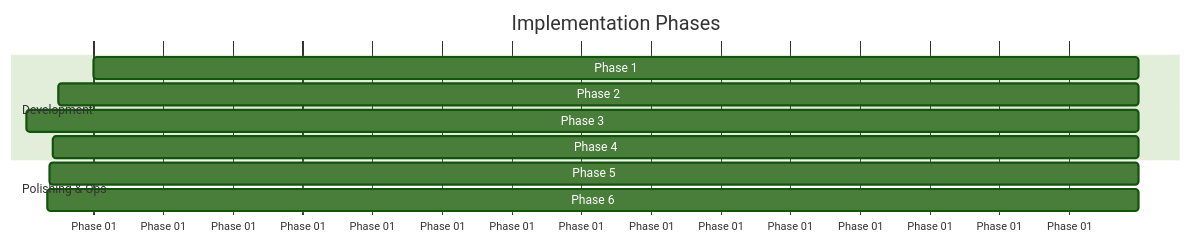
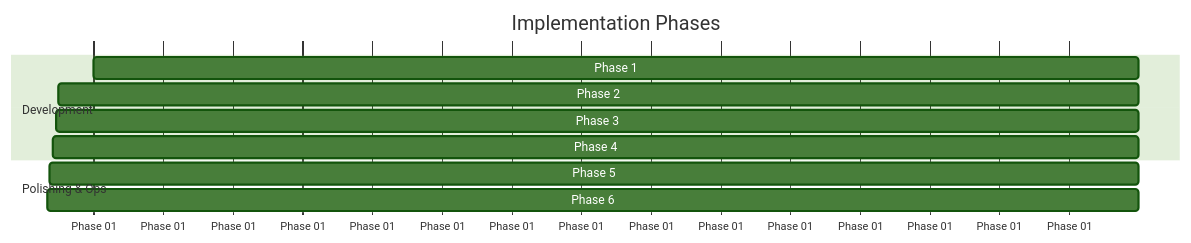
The second of 2 diagrams in docs/phase_wise_architecture.md (ishitagupta0811/RazorpayAI), drawn with Mermaid (forest theme) before and after one commit. The commit also changed other lines of this file, not shown here.

Commit message:
updated phase wise architecture

````diff
--- a/docs/phase_wise_architecture.md
+++ b/docs/phase_wise_architecture.md
@@ -346,14 +370,14 @@
 ```mermaid
 gantt
     title Implementation Phases
     dateFormat  X
     axisFormat Phase %d
     section Development
-    Phase 1 : Catalog & Vector Graph Ingestion (Image Metadata) : 0, 1
-    Phase 2 : Reactive AI & Semantic Discovery (Visual Cards)   : 1, 2
-    Phase 3 : Proactive Decision Engine (Visual Recommendation Cards): 2, 3
+    Phase 1 : CSV Ingestion & DB Catalog Storage (image_url)    : 0, 1
+    Phase 2 : Reactive AI & Semantic Discovery (JSON API image_url): 1, 2
+    Phase 3 : Proactive Sales Agent (Visual Recommendation Cards): 2, 3
     Phase 4 : Cart Builder & Razorpay Checkout (Image Basket)   : 3, 4
     section Polishing & Ops
     Phase 5 : Merchant Dashboard & AOV Attribution              : 4, 5
-    Phase 6 : Security, Guardrails & Evaluation Benchmarks         : 5, 6
+    Phase 6 : Security, Guardrails & Image Fallback Handling    : 5, 6
 ```
````
